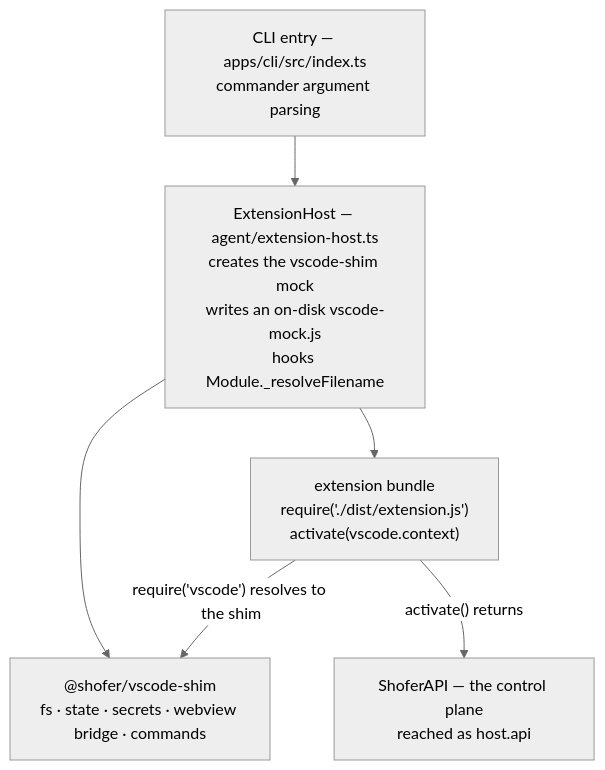
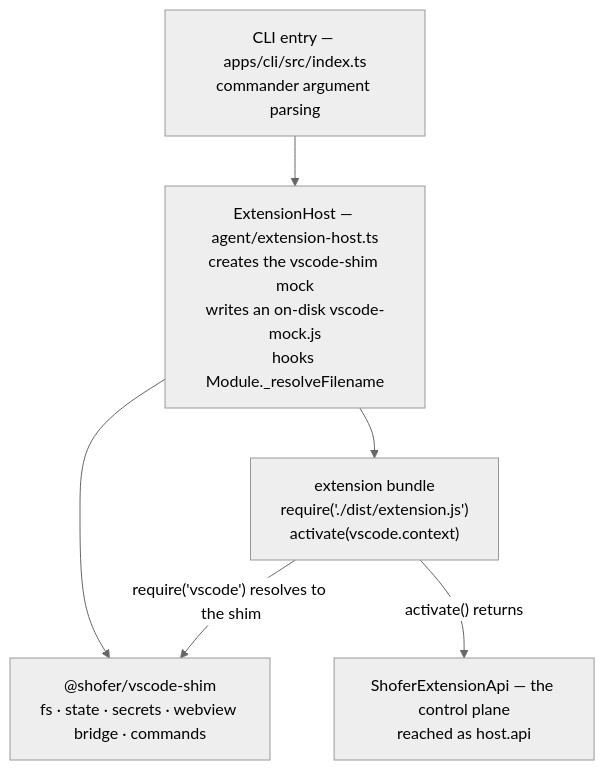
Before and after one commit to shofer-dev/shofer: the first of 2 diagrams in docs/cli.md, drawn with Mermaid (neutral theme). The commit also changed other lines of this file and 64 other files, not shown here.

First line of the commit message:
refactor(api)!: rename AgentApi -> ShoferApi, ShoferAPI -> ShoferExtensionApi

````diff
--- a/docs/cli.md
+++ b/docs/cli.md
@@ -19,14 +19,14 @@
 ```mermaid
 flowchart TD
     CLI["CLI entry — apps/cli/src/index.ts<br/>commander argument parsing"]
     EH["ExtensionHost — agent/extension-host.ts<br/>creates the vscode-shim mock<br/>writes an on-disk vscode-mock.js<br/>hooks Module._resolveFilename"]
     SHIM["@shofer/vscode-shim<br/>fs · state · secrets · webview bridge · commands"]
     BUNDLE["extension bundle<br/>require('./dist/extension.js')<br/>activate(vscode.context)"]
-    API["ShoferAPI — the control plane<br/>reached as host.api"]
+    API["ShoferExtensionApi — the control plane<br/>reached as host.api"]
 
     CLI --> EH
     EH --> SHIM
     EH --> BUNDLE
     BUNDLE -->|"require('vscode') resolves to the shim"| SHIM
     BUNDLE -->|"activate() returns"| API
 ```
````
